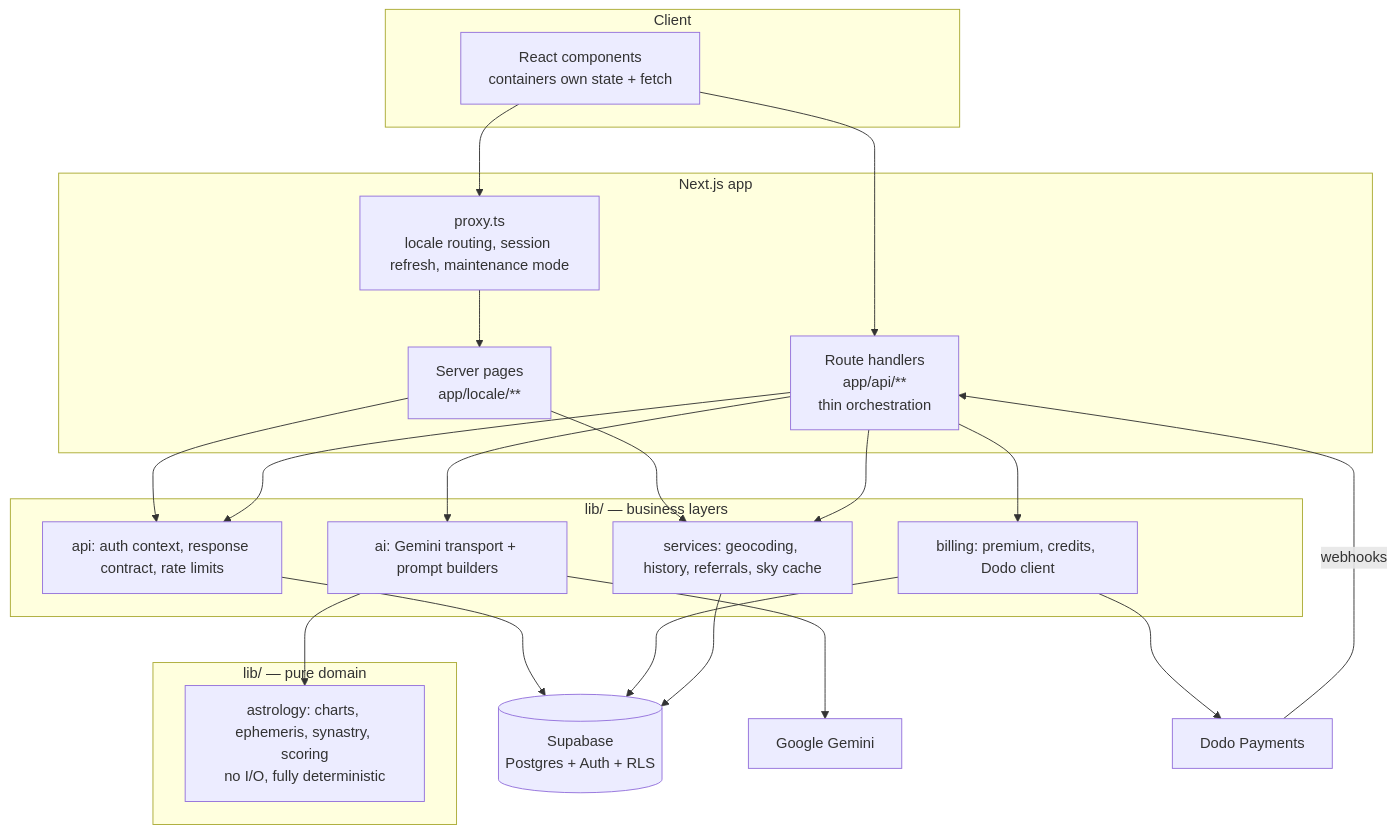
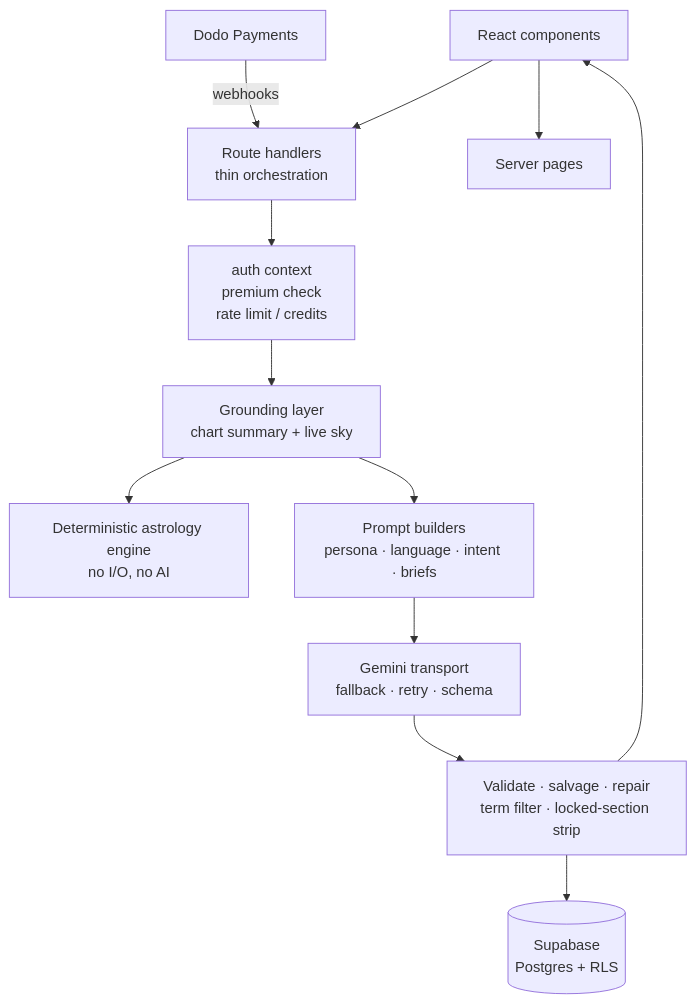
One commit to guja-tsitaishvili/astraten_AIAPP_showcase changed the first of 2 diagrams in README.md. Above: the diagram before and after it, drawn with Mermaid. The commit also changed other lines of this file, not shown here.

````diff
--- a/README.md
+++ b/README.md
@@ -60,37 +64,14 @@
 ```mermaid
 flowchart TD
-    subgraph Client
-        UI[React components<br/>containers own state + fetch]
-    end
-
-    subgraph "Next.js app"
-        P[proxy.ts<br/>locale routing, session refresh, maintenance mode]
-        PG[Server pages<br/>app/locale/**]
-        API[Route handlers<br/>app/api/**<br/>thin orchestration]
-    end
-
-    subgraph "lib/ — business layers"
-        L1[api: auth context, response contract, rate limits]
-        L2[ai: Gemini transport + prompt builders]
-        L3[billing: premium, credits, Dodo client]
-        L4[services: geocoding, history, referrals, sky cache]
-    end
-
-    subgraph "lib/ — pure domain"
-        A[astrology: charts, ephemeris, synastry, scoring<br/>no I/O, fully deterministic]
-    end
-
-    DB[(Supabase<br/>Postgres + Auth + RLS)]
-    G[Google Gemini]
-    D[Dodo Payments]
-
-    UI --> P --> PG
-    UI --> API
-    PG --> L1 & L4
-    API --> L1 & L2 & L3 & L4
-    L2 --> A
-    L2 --> G
-    L3 --> D
-    L1 & L3 & L4 --> DB
-    D -- webhooks --> API
+    UI[React components] --> API[Route handlers<br/>thin orchestration]
+    UI --> PG[Server pages]
+    API --> AUTH[auth context<br/>premium check<br/>rate limit / credits]
+    AUTH --> CTX[Grounding layer<br/>chart summary + live sky]
+    CTX --> ASTRO[Deterministic astrology engine<br/>no I/O, no AI]
+    CTX --> PROMPT[Prompt builders<br/>persona · language · intent · briefs]
+    PROMPT --> GEM[Gemini transport<br/>fallback · retry · schema]
+    GEM --> VAL[Validate · salvage · repair<br/>term filter · locked-section strip]
+    VAL --> DB[(Supabase<br/>Postgres + RLS)]
+    VAL --> UI
+    DODO[Dodo Payments] -- webhooks --> API
 ```
````
